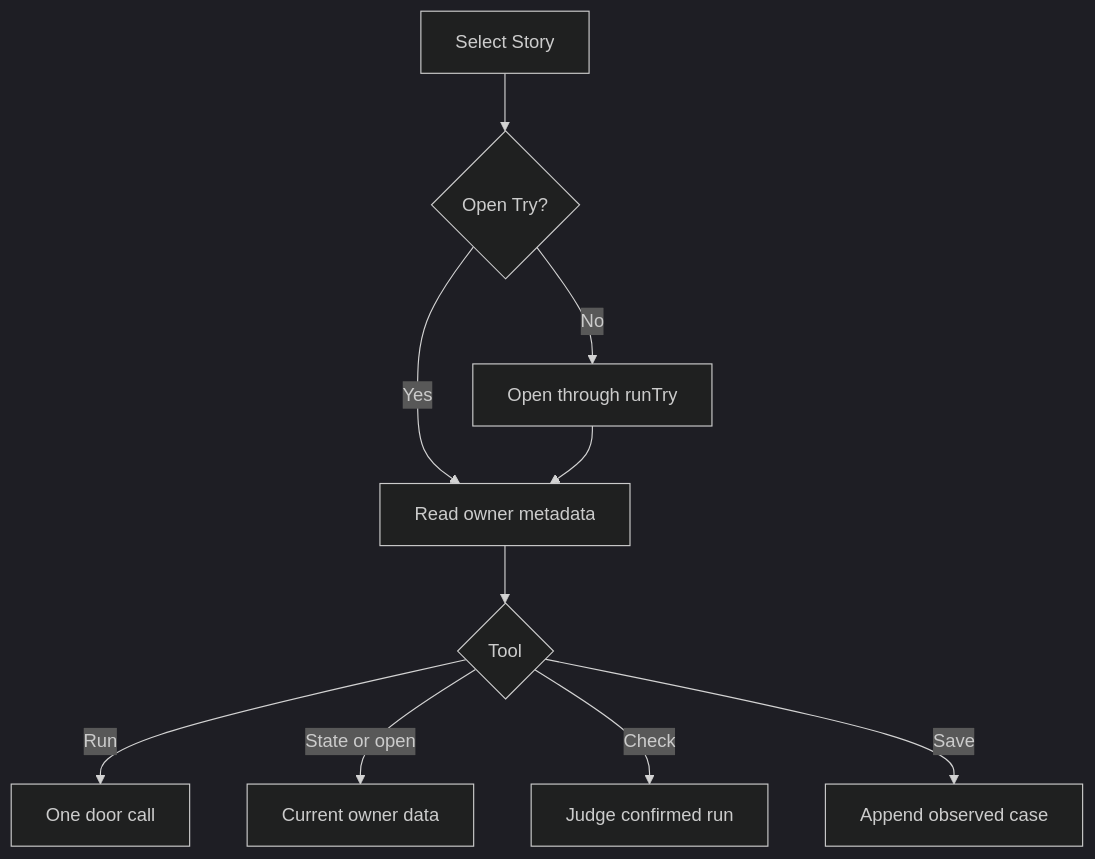
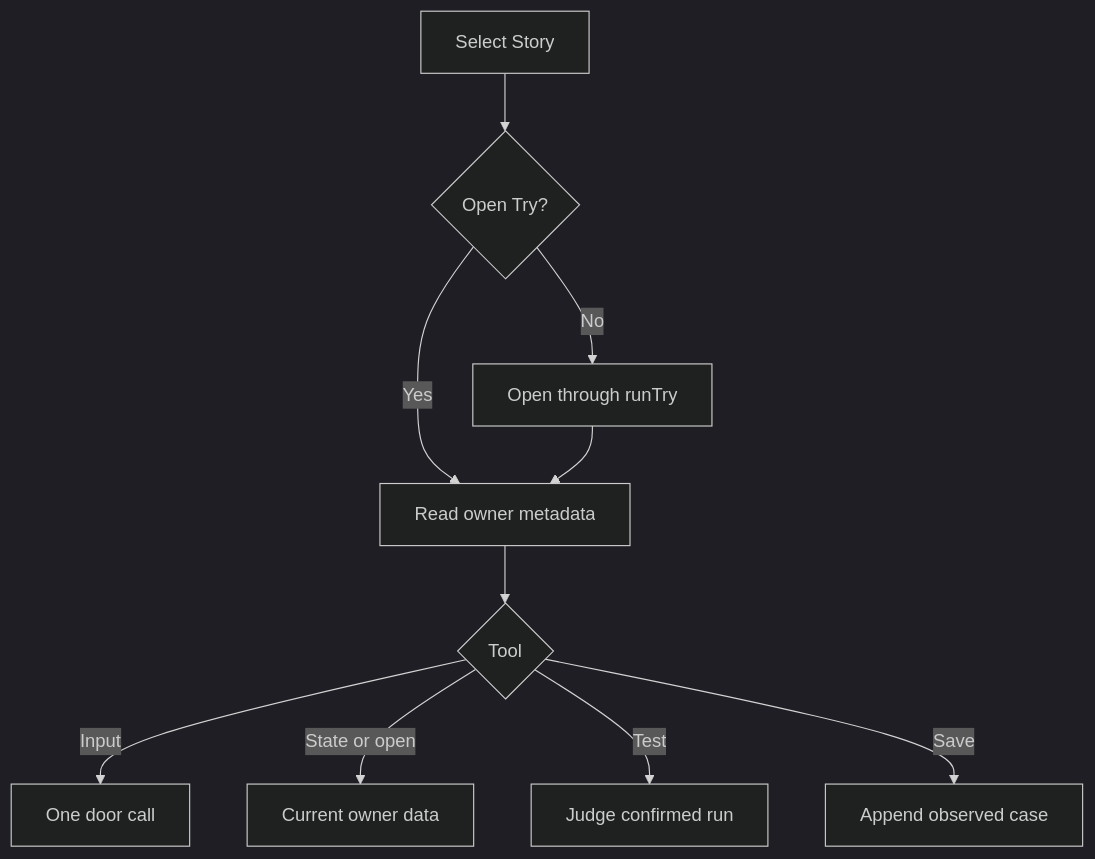
The diagram in prompts/cli/try-mcp.prompt.md (promptdriven/pdd), drawn with Mermaid (dark theme) before and after one commit. The commit also changed other lines of this file and 20 other files, not shown here.

````diff
--- a/prompts/cli/try-mcp.prompt.md
+++ b/prompts/cli/try-mcp.prompt.md
@@ -7,12 +7,12 @@
 ```mermaid
 flowchart TD
  S[Select Story] --> O{Open Try?}
  O -->|No| N[Open through runTry]
  O -->|Yes| R[Read owner metadata]
  N --> R
  R --> V{Tool}
- V -->|Run| C[One door call]
+ V -->|Input| C[One door call]
  V -->|State or open| D[Current owner data]
- V -->|Check| J[Judge confirmed run]
+ V -->|Test| J[Judge confirmed run]
  V -->|Save| A[Append observed case]
 ```
````
